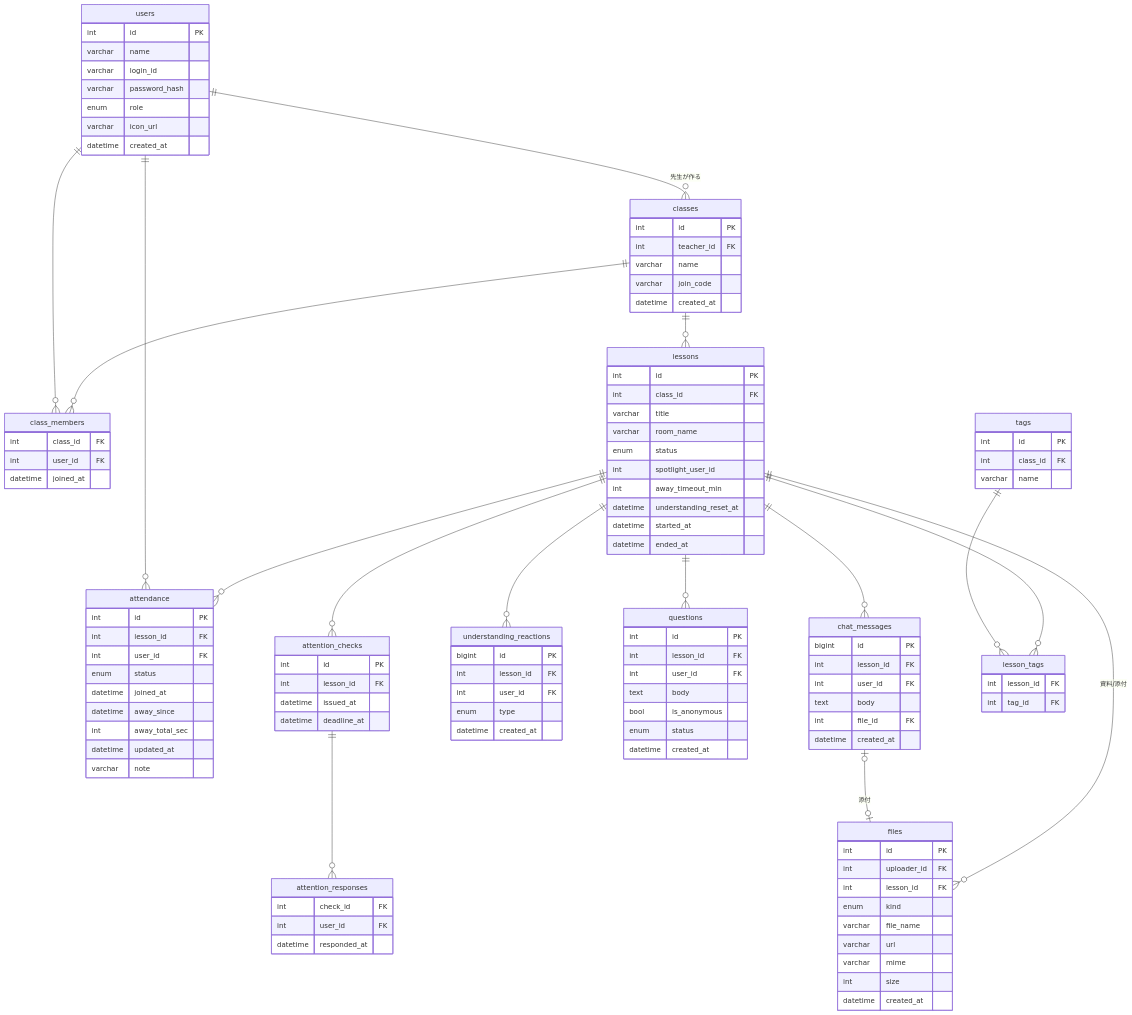
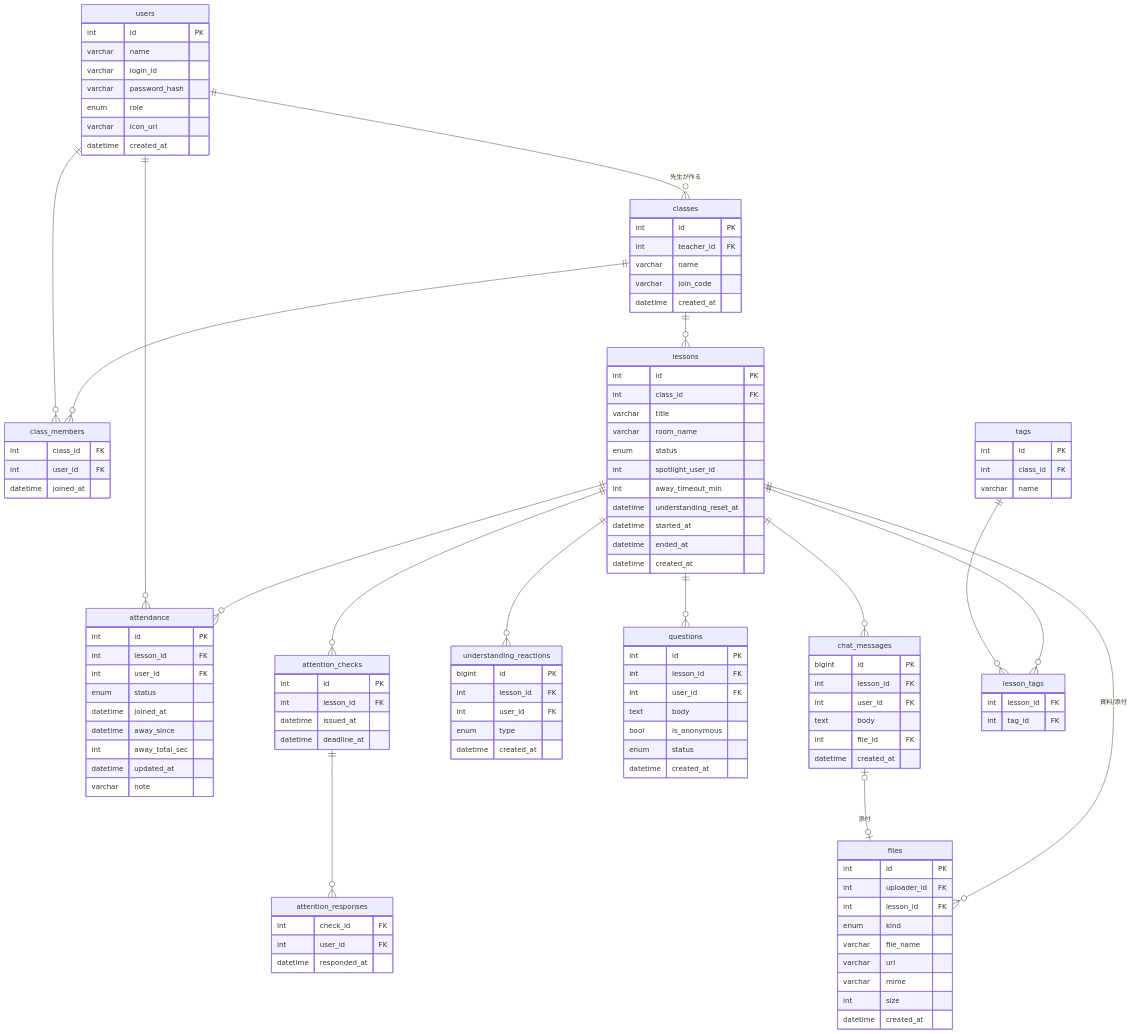
Before and after one commit to tarutoon7391/Sotsuken: the diagram in docs/03_DB設計.md, drawn with Mermaid. The commit also changed other lines of this file, not shown here.

````diff
--- a/docs/03_DB設計.md
+++ b/docs/03_DB設計.md
@@ -10,32 +10,32 @@
 ```mermaid
 erDiagram
     users ||--o{ classes : "先生が作る"
     classes ||--o{ class_members : ""
     users ||--o{ class_members : ""
     classes ||--o{ lessons : ""
     lessons ||--o{ attendance : ""
     users ||--o{ attendance : ""
     lessons ||--o{ attention_checks : ""
     attention_checks ||--o{ attention_responses : ""
     lessons ||--o{ understanding_reactions : ""
     lessons ||--o{ questions : ""
     lessons ||--o{ chat_messages : ""
     lessons ||--o{ files : "資料/添付"
     chat_messages |o--o| files : "添付"
     lessons ||--o{ lesson_tags : ""
     tags ||--o{ lesson_tags : ""
 
     users { int id PK  varchar name  varchar login_id  varchar password_hash  enum role  varchar icon_url  datetime created_at }
     classes { int id PK  int teacher_id FK  varchar name  varchar join_code  datetime created_at }
     class_members { int class_id FK  int user_id FK  datetime joined_at }
-    lessons { int id PK  int class_id FK  varchar title  varchar room_name  enum status  int spotlight_user_id  int away_timeout_min  datetime understanding_reset_at  datetime started_at  datetime ended_at }
+    lessons { int id PK  int class_id FK  varchar title  varchar room_name  enum status  int spotlight_user_id  int away_timeout_min  datetime understanding_reset_at  datetime started_at  datetime ended_at  datetime created_at }
     attendance { int id PK  int lesson_id FK  int user_id FK  enum status  datetime joined_at  datetime away_since  int away_total_sec  datetime updated_at  varchar note }
     attention_checks { int id PK  int lesson_id FK  datetime issued_at  datetime deadline_at }
     attention_responses { int check_id FK  int user_id FK  datetime responded_at }
     understanding_reactions { bigint id PK  int lesson_id FK  int user_id FK  enum type  datetime created_at }
     questions { int id PK  int lesson_id FK  int user_id FK  text body  bool is_anonymous  enum status  datetime created_at }
     chat_messages { bigint id PK  int lesson_id FK  int user_id FK  text body  int file_id FK  datetime created_at }
     files { int id PK  int uploader_id FK  int lesson_id FK  enum kind  varchar file_name  varchar url  varchar mime  int size  datetime created_at }
     tags { int id PK  int class_id FK  varchar name }
     lesson_tags { int lesson_id FK  int tag_id FK }
 ```
````
